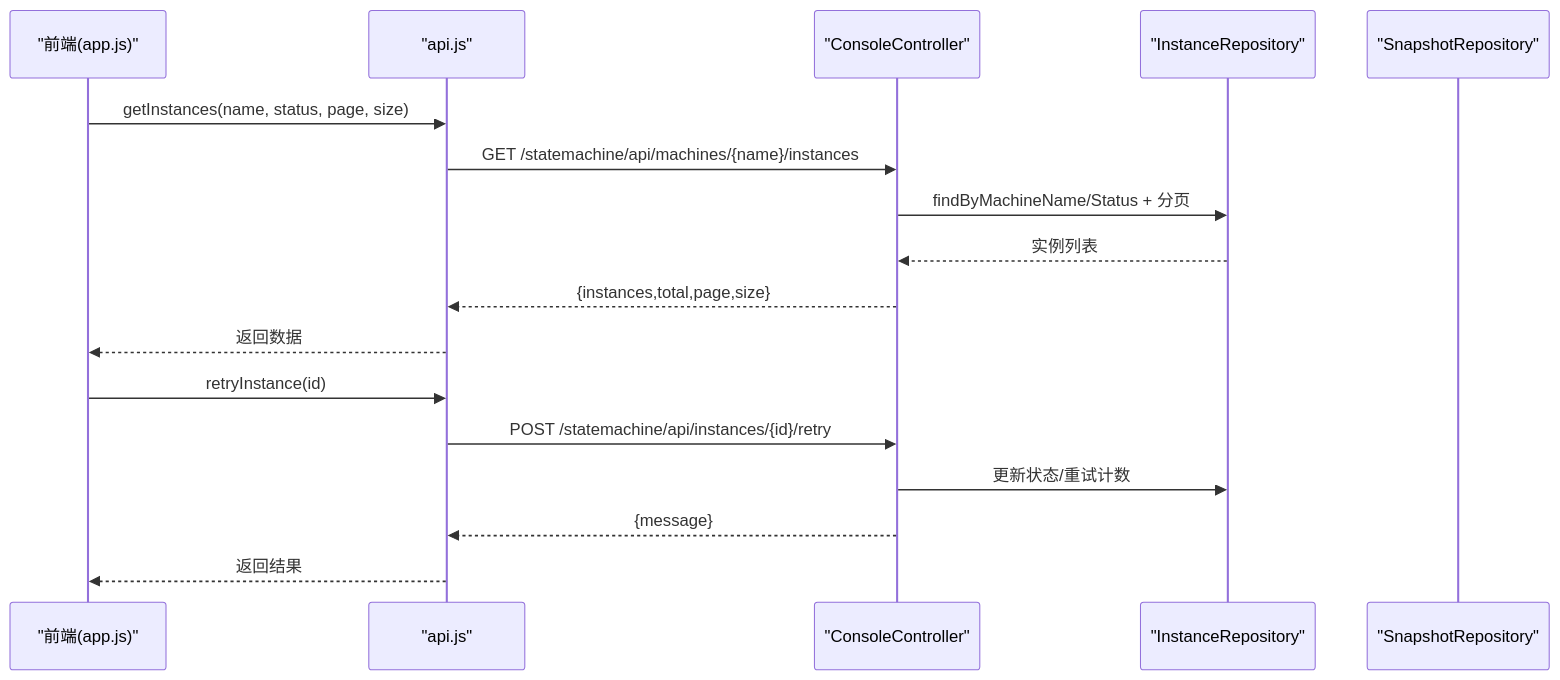
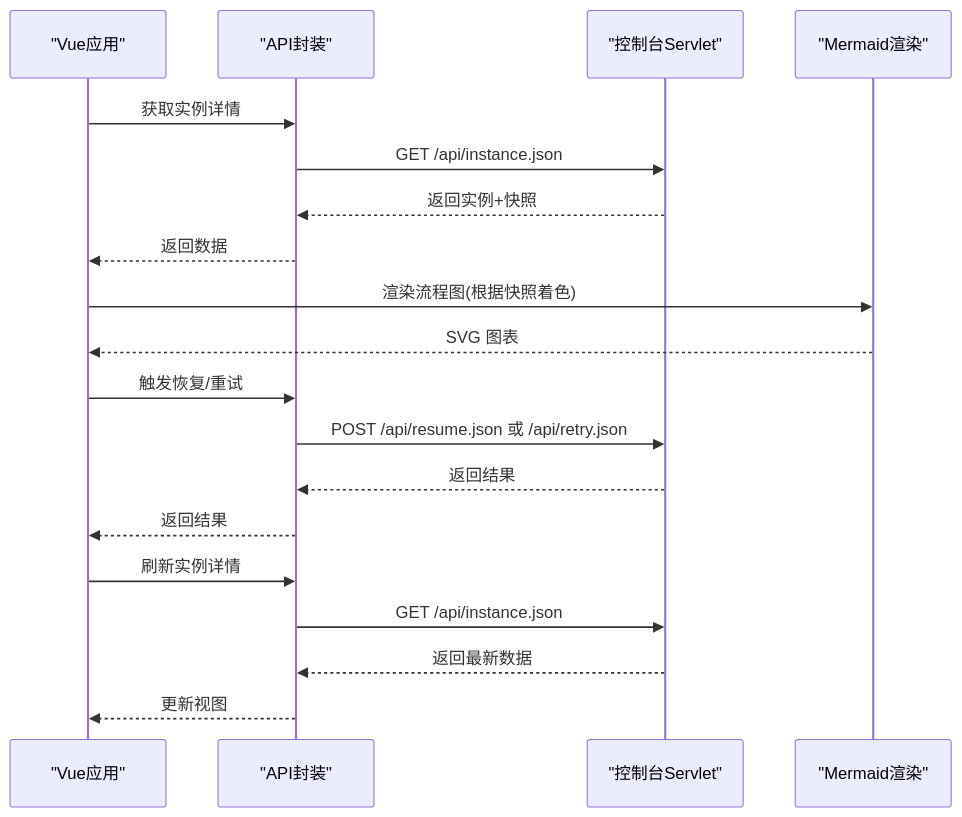
The fifth of 6 diagrams in .qoder/repowiki/zh/content/管理控制台/管理控制台.md (xiaoche80s-tech/state-machine-parent), drawn with Mermaid before and after one commit. The commit also changed other lines of this file and 97 other files, not shown here.

````diff
--- a/.qoder/repowiki/zh/content/管理控制台/管理控制台.md
+++ b/.qoder/repowiki/zh/content/管理控制台/管理控制台.md
@@ -225,19 +305,21 @@
 ```mermaid
 sequenceDiagram
-participant FE as "前端(app.js)"
-participant API as "api.js"
-participant CTRL as "ConsoleController"
-participant INST as "InstanceRepository"
-participant SNAP as "SnapshotRepository"
-FE->>API : getInstances(name, status, page, size)
-API->>CTRL : GET /statemachine/api/machines/{name}/instances
-CTRL->>INST : findByMachineName/Status + 分页
-INST-->>CTRL : 实例列表
-CTRL-->>API : {instances,total,page,size}
-API-->>FE : 返回数据
-FE->>API : retryInstance(id)
-API->>CTRL : POST /statemachine/api/instances/{id}/retry
-CTRL->>INST : 更新状态/重试计数
-CTRL-->>API : {message}
-API-->>FE : 返回结果
+participant App as "Vue应用"
+participant API as "API封装"
+participant Servlet as "控制台Servlet"
+participant Mermaid as "Mermaid渲染"
+App->>API : 获取实例详情
+API->>Servlet : GET /api/instance.json
+Servlet-->>API : 返回实例+快照
+API-->>App : 返回数据
+App->>Mermaid : 渲染流程图(根据快照着色)
+Mermaid-->>App : SVG 图表
+App->>API : 触发恢复/重试
+API->>Servlet : POST /api/resume.json 或 /api/retry.json
+Servlet-->>API : 返回结果
+API-->>App : 返回结果
+App->>API : 刷新实例详情
+API->>Servlet : GET /api/instance.json
+Servlet-->>API : 返回最新数据
+API-->>App : 更新视图
 ```
````
